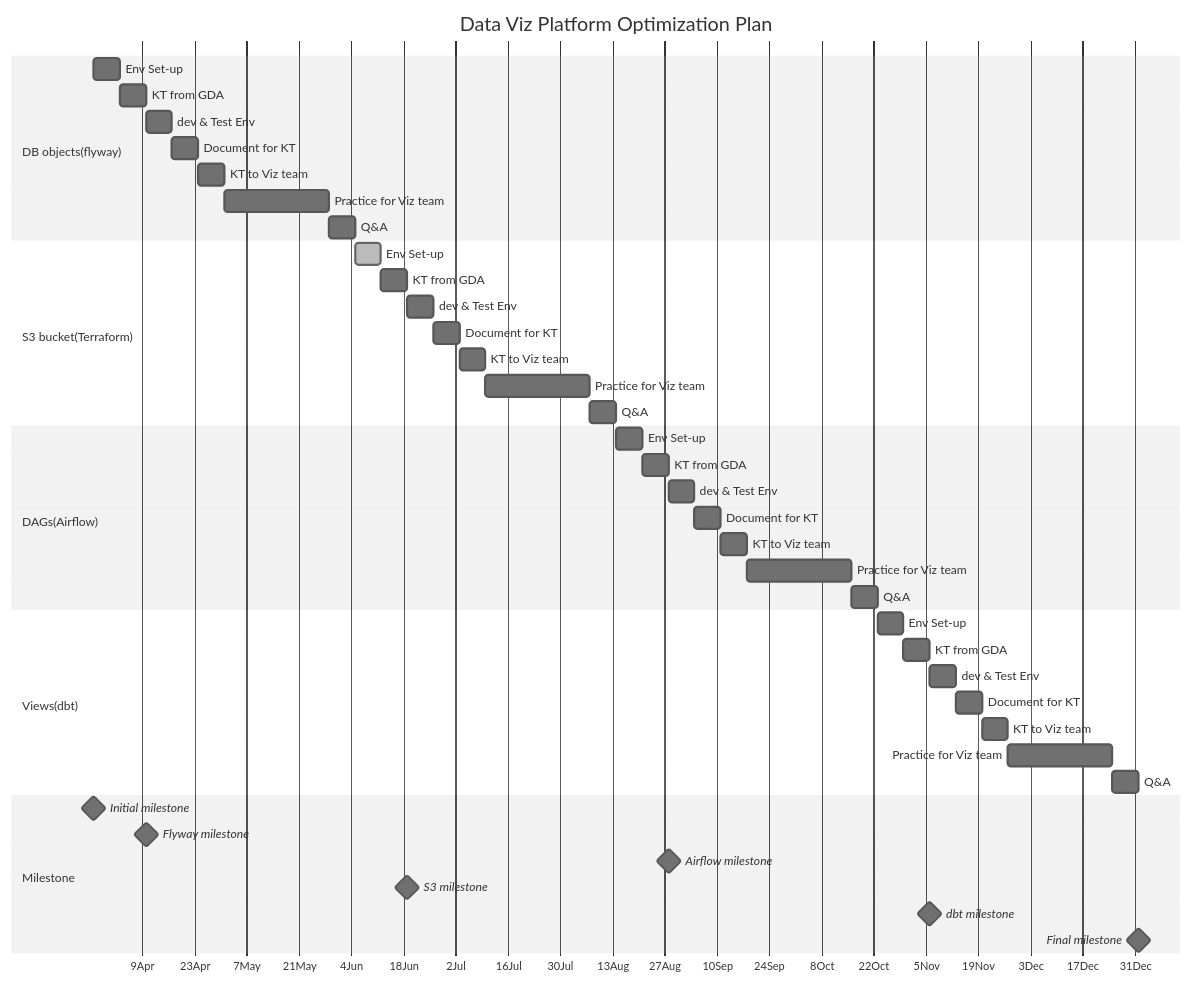
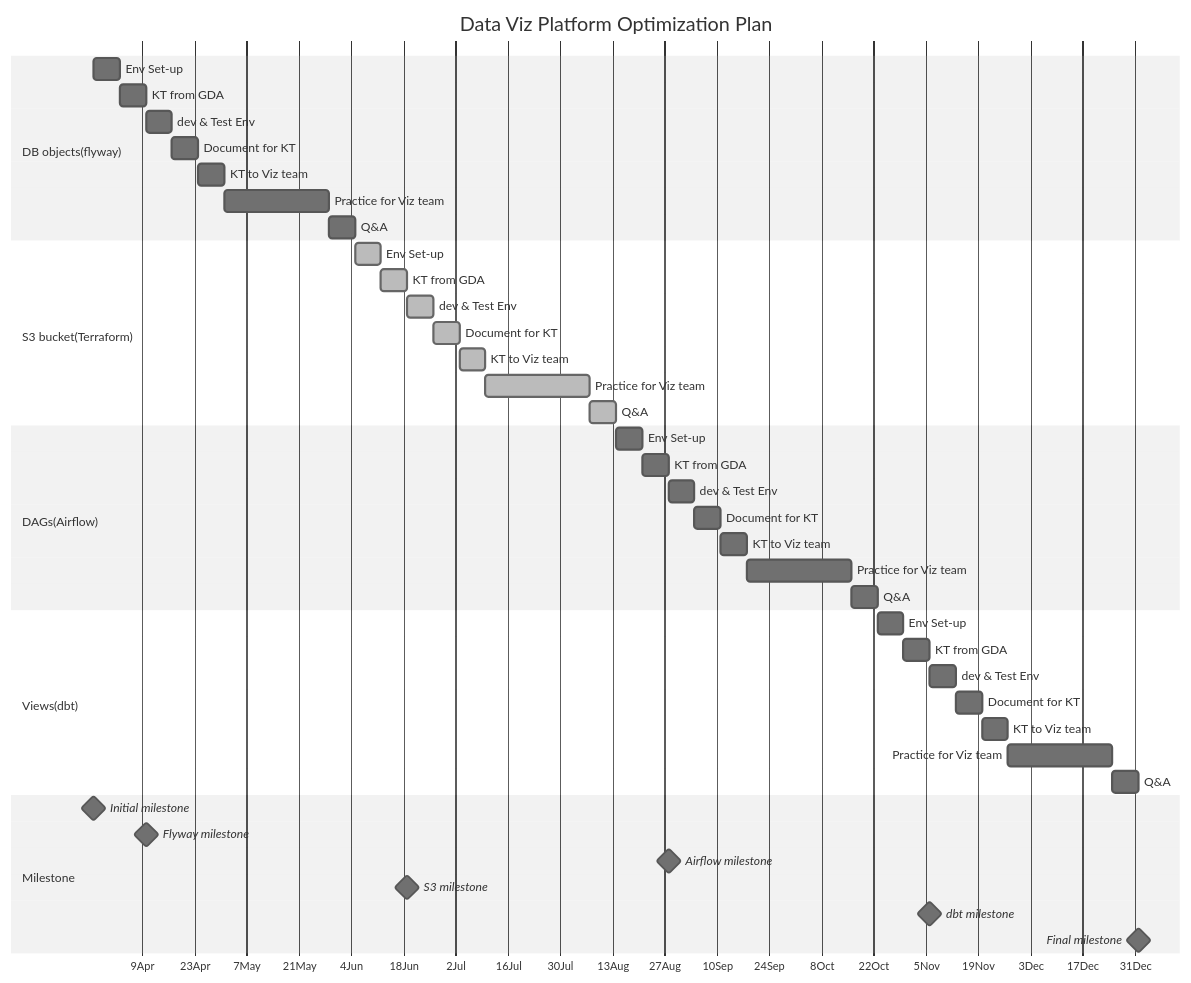
The diagram in README.md (Jamesxuxiao/plan), drawn with Mermaid (neutral theme) before and after one commit.

````diff
--- a/README.md
+++ b/README.md
@@ -6,57 +6,57 @@
 ```mermaid
 gantt
     dateFormat  YYYY-MM-DD
     title       Data Viz Platform Optimization Plan
     axisFormat %e%b
     todayMarker on
     %%excludes    weekends
     tickInterval 2week
     %% (`excludes` accepts specific dates in YYYY-MM-DD format, days of the week ("sunday") or "weekends", but not the word "weekdays".)
 
 
     section A ridiculously <br> long section <br> name
 
     section DB objects(flyway)
     Env Set-up                  :    des11, after m0, 1w
     KT from GDA                 :    des12, after des11, 1w
     dev & Test Env              :    des13, after des12, 1w
     Document for KT             :    des14, after des13, 1w
     KT to Viz team              :    des15, after des14, 1w
     Practice for Viz team       :    des16, after des15, 4w
     Q&A                         :    des17, after des16, 1w
     
     section S3 bucket(Terraform)
     Env Set-up                  :    done,des31, after des17, 1w
-    KT from GDA                 :    des32, after des31, 1w
-    dev & Test Env              :    des33, after des32, 1w
-    Document for KT             :    des34, after des33, 1w
-    KT to Viz team              :    des35, after des34, 1w
-    Practice for Viz team       :    des36, after des35, 4w
-    Q&A                         :    des37, after des36, 1w
+    KT from GDA                 :    done,des32, after des31, 1w
+    dev & Test Env              :    done,des33, after des32, 1w
+    Document for KT             :    done,des34, after des33, 1w
+    KT to Viz team              :    done,des35, after des34, 1w
+    Practice for Viz team       :    done,des36, after des35, 4w
+    Q&A                         :    done,des37, after des36, 1w
 
     section DAGs(Airflow)
     Env Set-up                  :    des21, after des37, 1w
     KT from GDA                 :    des22, after des21, 1w
     dev & Test Env              :    des23, after des22, 1w
     Document for KT             :    des24, after des23, 1w
     KT to Viz team              :    des25, after des24, 1w
     Practice for Viz team       :    des26, after des25, 4w
     Q&A                         :    des27, after des26, 1w
 
     section Views(dbt)
     Env Set-up                  :    des41, after des27, 1w
     KT from GDA                 :    des42, after des41, 1w
     dev & Test Env              :    des43, after des42, 1w
     Document for KT             :    des44, after des43, 1w
     KT to Viz team              :    des45, after des44, 1w
     Practice for Viz team       :    des46, after des45, 4w
     Q&A                         :    des47, after des46, 1w
 
     section Milestone
     Initial milestone : milestone, m0, 2023-03-27,2min
     Flyway milestone : milestone, m1, after des12, 2min
     Airflow milestone : milestone, m2, after des22, 2min
     S3 milestone : milestone, m3, after des32, 2min
     dbt milestone : milestone, m4, after des42, 2min
     Final milestone : milestone, m5, after des47, 2min
 ```
````
